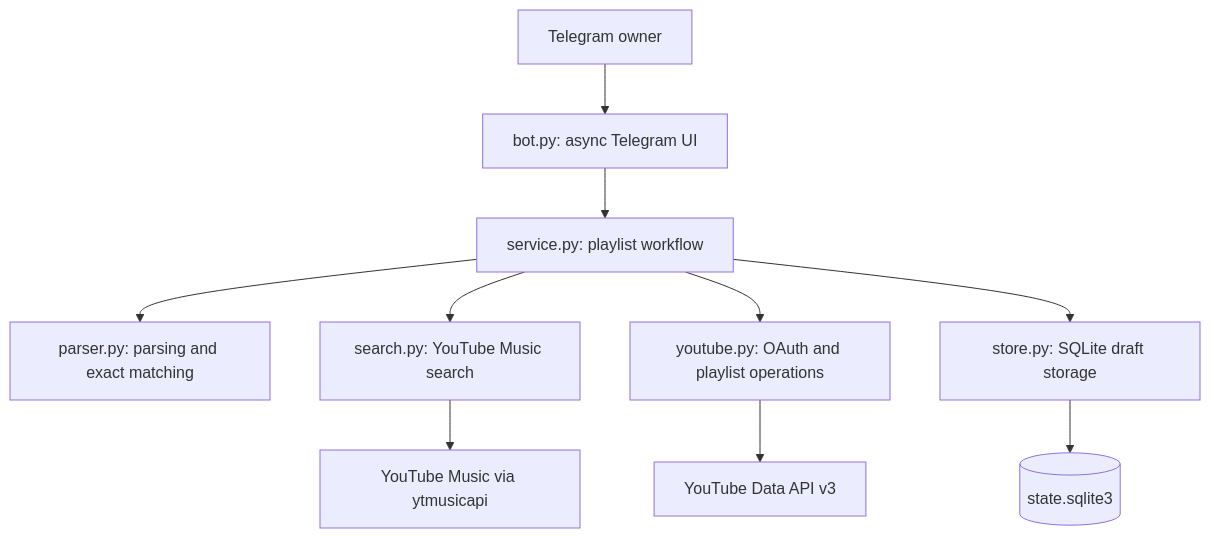
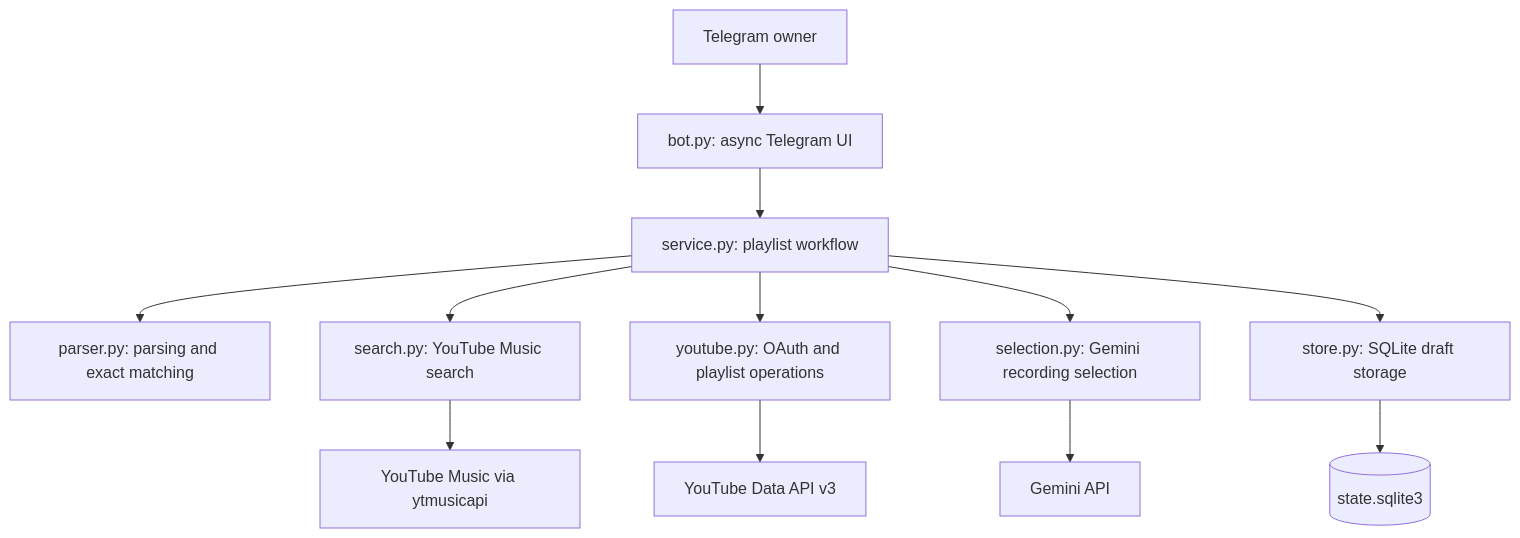
Before and after one commit to drkswg/YouTube-Music-Playlist-Bot: the diagram in README.md, drawn with Mermaid. The commit also changed other lines of this file and 8 other files, not shown here.

````diff
--- a/README.md
+++ b/README.md
@@ -17,12 +17,14 @@
 ```mermaid
 flowchart TD
     Owner[Telegram owner] --> Bot[bot.py: async Telegram UI]
     Bot --> Workflow[service.py: playlist workflow]
     Workflow --> Parser[parser.py: parsing and exact matching]
     Workflow --> Search[search.py: YouTube Music search]
     Workflow --> YouTube[youtube.py: OAuth and playlist operations]
+    Workflow --> Selection[selection.py: Gemini recording selection]
+    Selection --> Gemini[Gemini API]
     Workflow --> Store[store.py: SQLite draft storage]
     Search --> Music[YouTube Music via ytmusicapi]
     YouTube --> API[YouTube Data API v3]
     Store --> State[(state.sqlite3)]
 ```
````
